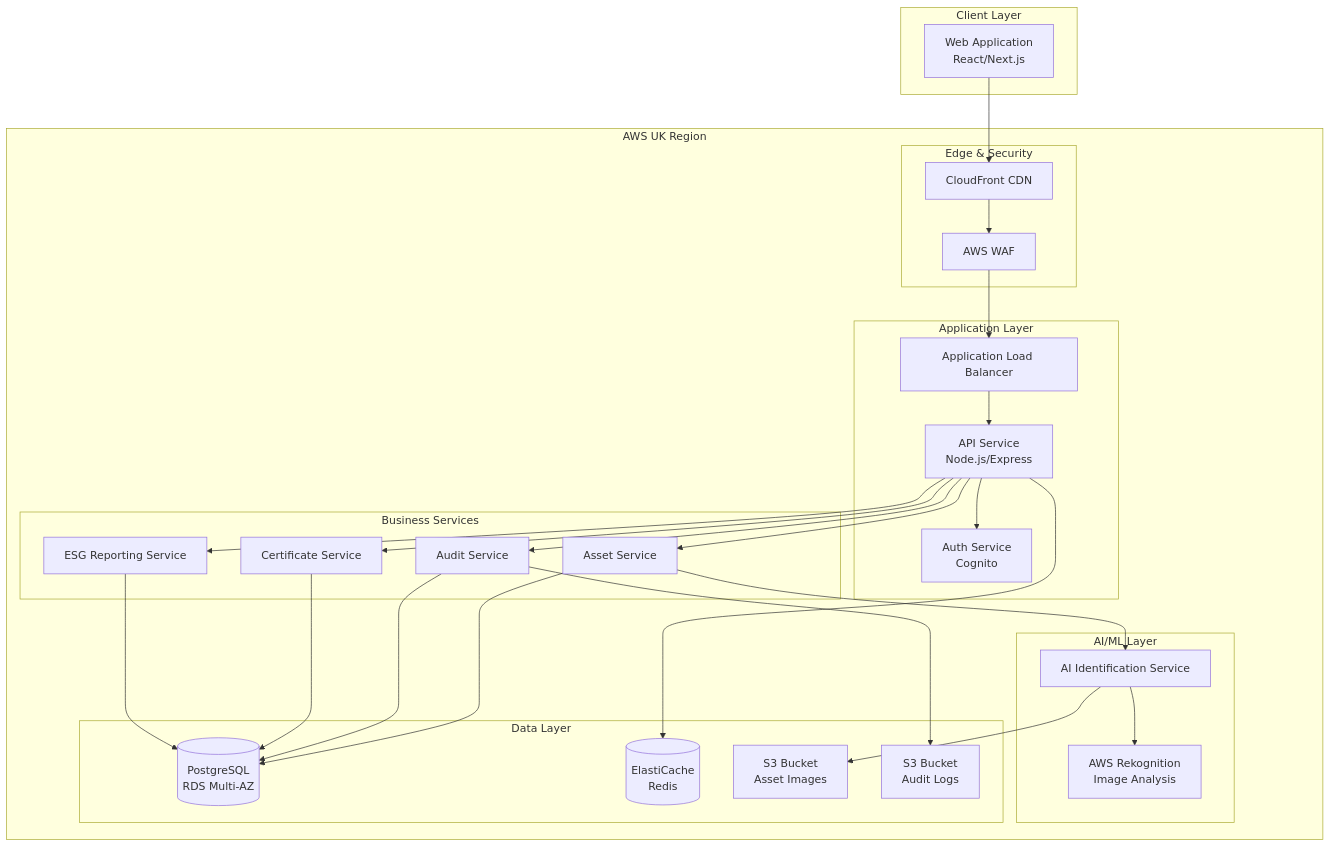
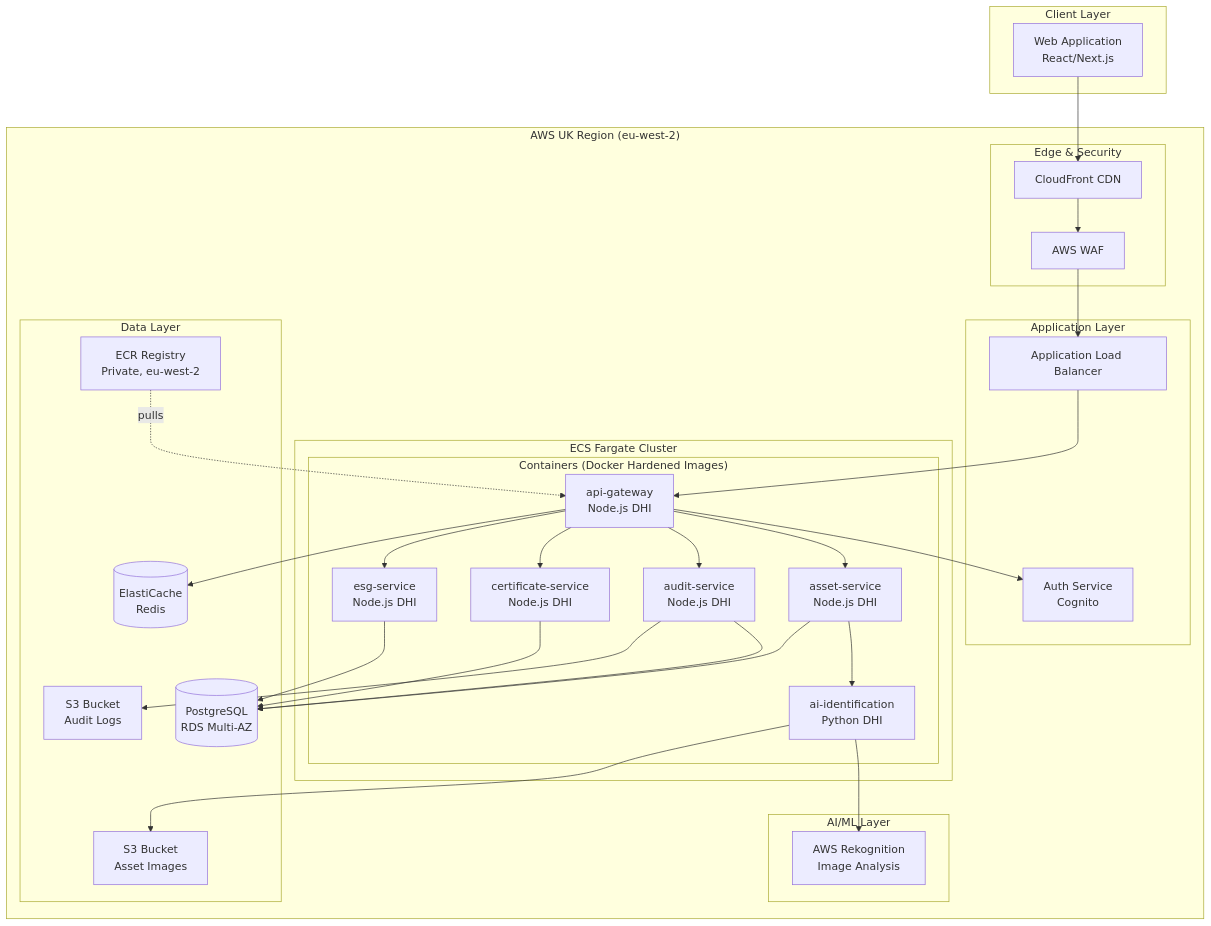
The first of 3 diagrams in docs/01-system-architecture/README.md (nugehs/ai-reclaim-m0), drawn with Mermaid before and after one commit. The commit also changed other lines of this file and 2 other files, not shown here.

````diff
--- a/docs/01-system-architecture/README.md
+++ b/docs/01-system-architecture/README.md
@@ -98,57 +98,61 @@
 ```mermaid
 graph TB
     subgraph "Client Layer"
         WEB[Web Application<br/>React/Next.js]
     end
 
-    subgraph "AWS UK Region"
+    subgraph "AWS UK Region (eu-west-2)"
         subgraph "Edge & Security"
             CF[CloudFront CDN]
             WAF[AWS WAF]
         end
 
         subgraph "Application Layer"
             ALB[Application Load Balancer]
-            API[API Service<br/>Node.js/Express]
             AUTH[Auth Service<br/>Cognito]
         end
 
-        subgraph "Business Services"
-            ASSET[Asset Service]
-            AUDIT[Audit Service]
-            CERT[Certificate Service]
-            ESG[ESG Reporting Service]
+        subgraph "ECS Fargate Cluster"
+            subgraph "Containers (Docker Hardened Images)"
+                API[api-gateway<br/>Node.js DHI]
+                ASSET[asset-service<br/>Node.js DHI]
+                AUDIT[audit-service<br/>Node.js DHI]
+                CERT[certificate-service<br/>Node.js DHI]
+                ESG[esg-service<br/>Node.js DHI]
+                AIID[ai-identification<br/>Python DHI]
+            end
         end
 
         subgraph "AI/ML Layer"
-            AIID[AI Identification Service]
             REKOGNITION[AWS Rekognition<br/>Image Analysis]
         end
 
         subgraph "Data Layer"
+            ECR[ECR Registry<br/>Private, eu-west-2]
             RDS[(PostgreSQL<br/>RDS Multi-AZ)]
             REDIS[(ElastiCache<br/>Redis)]
             S3[S3 Bucket<br/>Asset Images]
             S3AUDIT[S3 Bucket<br/>Audit Logs]
         end
     end
 
     WEB --> CF
     CF --> WAF
     WAF --> ALB
     ALB --> API
     API --> AUTH
     API --> ASSET
     API --> AUDIT
     API --> CERT
     API --> ESG
     ASSET --> AIID
     AIID --> REKOGNITION
     AIID --> S3
     ASSET --> RDS
     AUDIT --> RDS
     AUDIT --> S3AUDIT
     CERT --> RDS
     ESG --> RDS
     API --> REDIS
+    ECR -.->|pulls| API
 ```
````
